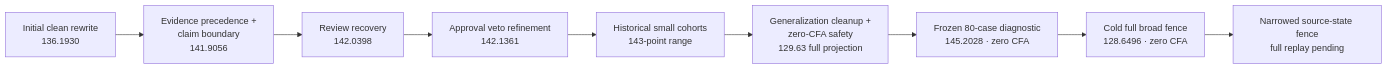
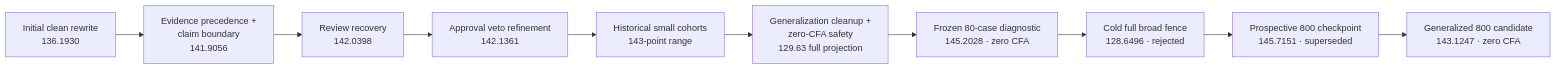
Before and after one commit to midasavocado/mib-doc-challenge-solution: the fourth of 5 diagrams in MEMO.md, drawn with Mermaid. The commit also changed other lines of this file and 9 other files, not shown here.

````diff
--- a/MEMO.md
+++ b/MEMO.md
@@ -431,12 +466,13 @@
 ```mermaid
 flowchart LR
     A["Initial clean rewrite<br/>136.1930"] -->
     B["Evidence precedence +<br/>claim boundary<br/>141.9056"] -->
     C["Review recovery<br/>142.0398"] -->
     D["Approval veto refinement<br/>142.1361"] -->
     E["Historical small cohorts<br/>143-point range"] -->
     F["Generalization cleanup +<br/>zero-CFA safety<br/>129.63 full projection"] -->
     G["Frozen 80-case diagnostic<br/>145.2028 · zero CFA"] -->
-    H["Cold full broad fence<br/>128.6496 · zero CFA"] -->
-    I["Narrowed source-state fence<br/>full replay pending"]
+    H["Cold full broad fence<br/>128.6496 · rejected"] -->
+    I["Prospective 800 checkpoint<br/>145.7151 · superseded"] -->
+    J["Generalized 800 candidate<br/>143.1247 · zero CFA"]
 ```
````
